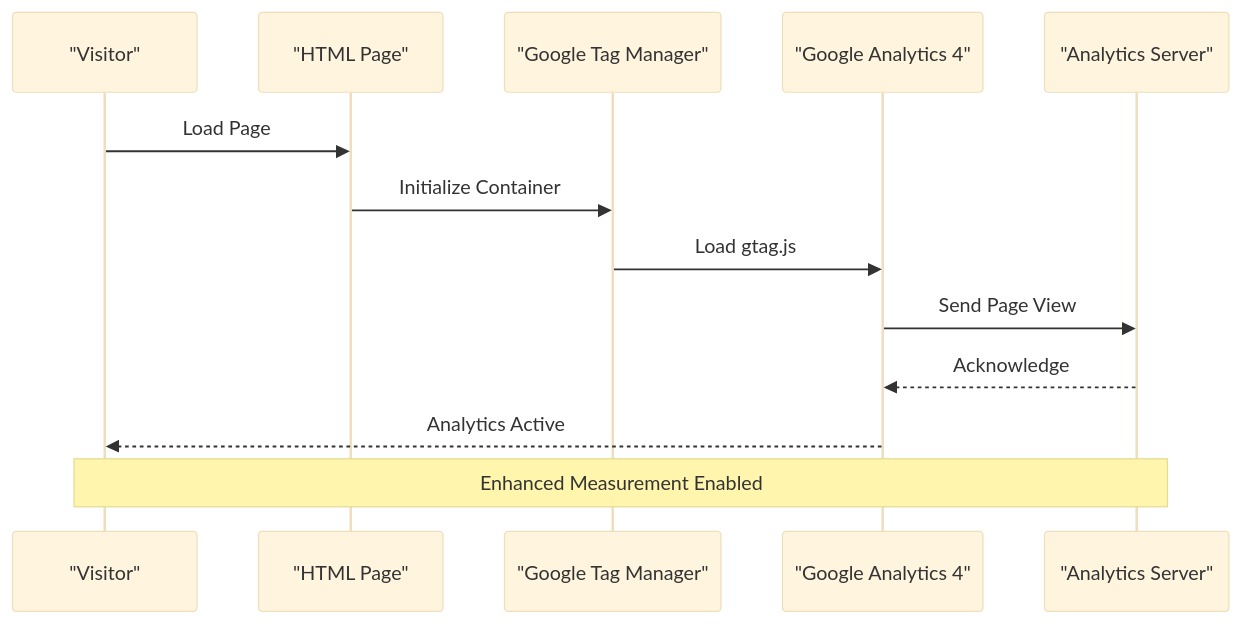
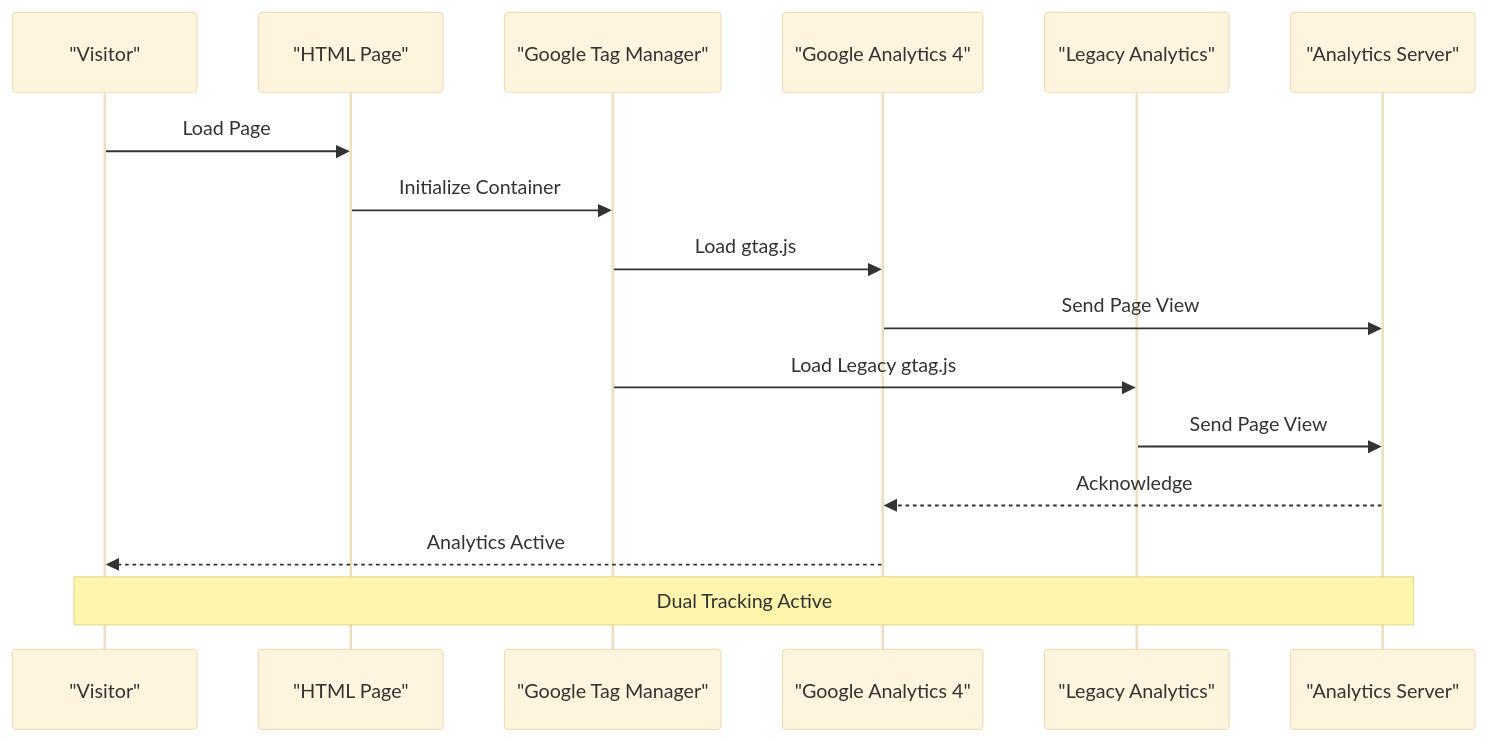
Before and after one commit to lynchip/graduates: the second of 9 diagrams in .qoder/repowiki/en/content/Core Features/Technical Features/Analytics and Tracking Implementation.md, drawn with Mermaid (base theme). The commit also changed other lines of this file and 12 other files, not shown here.

````diff
--- a/.qoder/repowiki/en/content/Core Features/Technical Features/Analytics and Tracking Implementation.md
+++ b/.qoder/repowiki/en/content/Core Features/Technical Features/Analytics and Tracking Implementation.md
@@ -90,15 +99,18 @@
 ```mermaid
 sequenceDiagram
 participant User as "Visitor"
 participant Page as "HTML Page"
 participant GTM as "Google Tag Manager"
 participant GA4 as "Google Analytics 4"
+participant Legacy as "Legacy Analytics"
 participant Server as "Analytics Server"
 User->>Page : Load Page
 Page->>GTM : Initialize Container
 GTM->>GA4 : Load gtag.js
 GA4->>Server : Send Page View
+GTM->>Legacy : Load Legacy gtag.js
+Legacy->>Server : Send Page View
 Server-->>GA4 : Acknowledge
 GA4-->>User : Analytics Active
-Note over User,Server : Enhanced Measurement Enabled
+Note over User,Server : Dual Tracking Active
 ```
````
